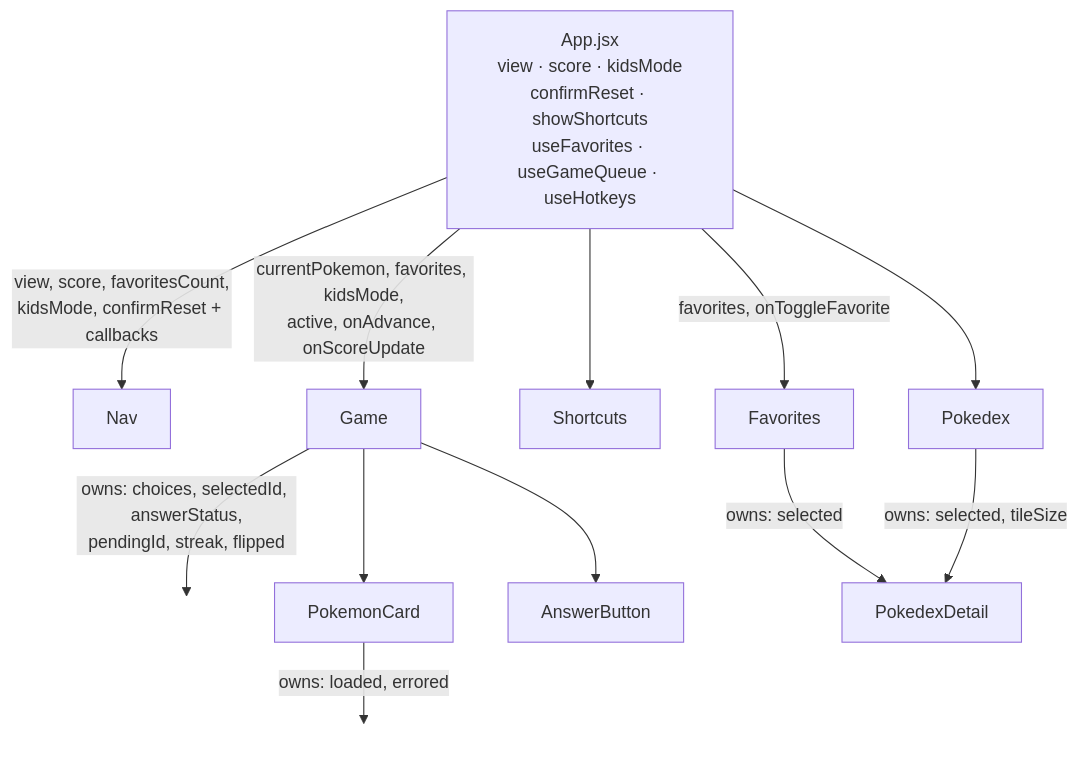
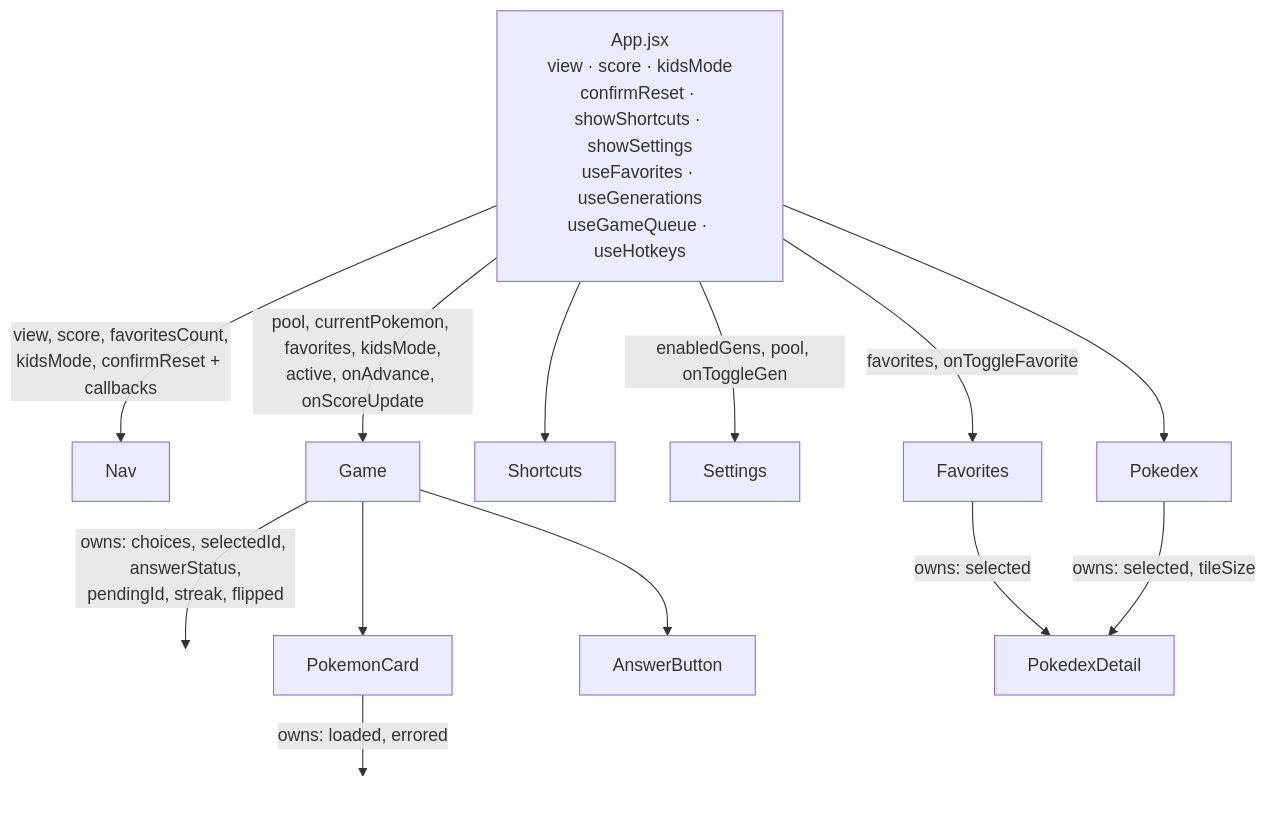
Before and after one commit to shaneo711/pokemon-picker: the first of 2 diagrams in docs/ARCHITECTURE.md, drawn with Mermaid. The commit also changed other lines of this file and 10 other files, not shown here.

First line of the commit message:
Add gen2 pokemon

````diff
--- a/docs/ARCHITECTURE.md
+++ b/docs/ARCHITECTURE.md
@@ -116,22 +119,23 @@
 ```mermaid
 graph TD
-    App["App.jsx<br/>view · score · kidsMode<br/>confirmReset · showShortcuts<br/>useFavorites · useGameQueue · useHotkeys"]
+    App["App.jsx<br/>view · score · kidsMode<br/>confirmReset · showShortcuts · showSettings<br/>useFavorites · useGenerations<br/>useGameQueue · useHotkeys"]
 
     App -->|view, score, favoritesCount,<br/>kidsMode, confirmReset + callbacks| Nav
-    App -->|currentPokemon, favorites, kidsMode,<br/>active, onAdvance, onScoreUpdate| Game
+    App -->|pool, currentPokemon, favorites, kidsMode,<br/>active, onAdvance, onScoreUpdate| Game
     App --> Shortcuts
+    App -->|enabledGens, pool, onToggleGen| Settings
     App -->|favorites, onToggleFavorite| Favorites
     App --> Pokedex
 
     Game -->|owns: choices, selectedId, answerStatus,<br/>pendingId, streak, flipped| GameState[" "]
     Game --> PokemonCard
     Game --> AnswerButton
 
     PokemonCard -->|owns: loaded, errored| CardState[" "]
 
     Favorites -->|owns: selected| PokedexDetail
     Pokedex -->|owns: selected, tileSize| PokedexDetail
 
     style GameState fill:none,stroke:none
     style CardState fill:none,stroke:none
 ```
````
